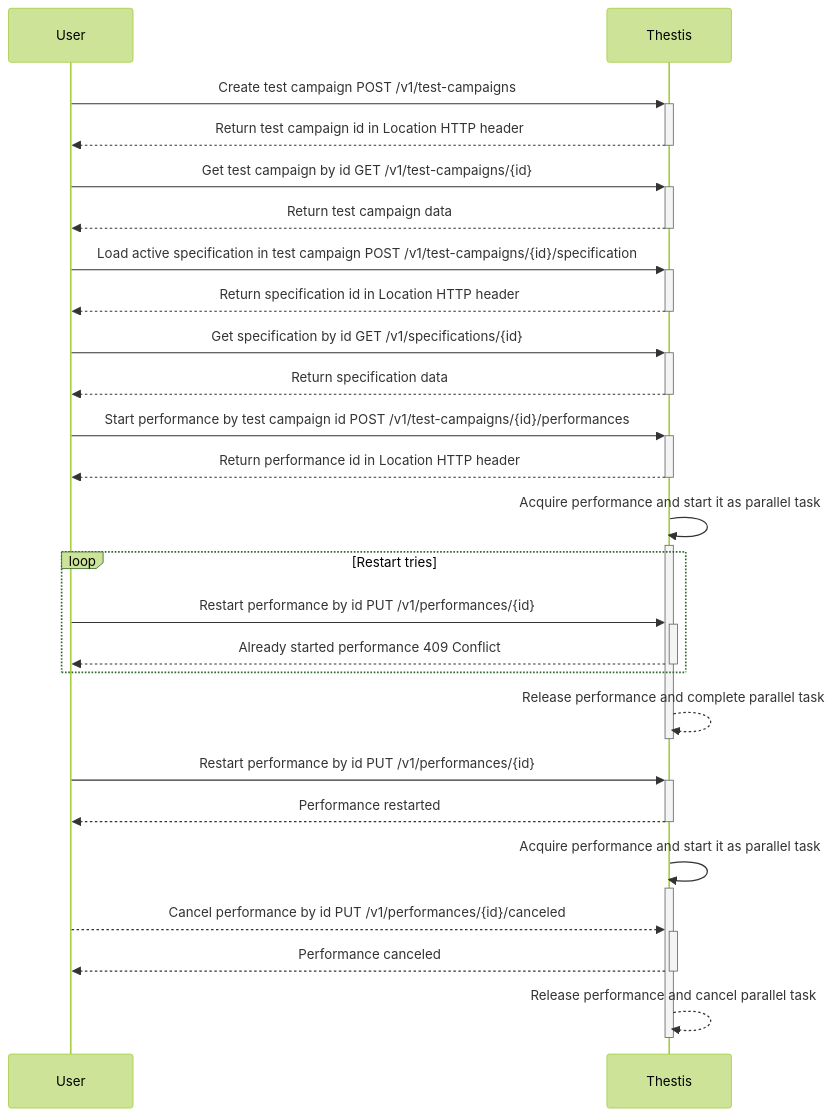
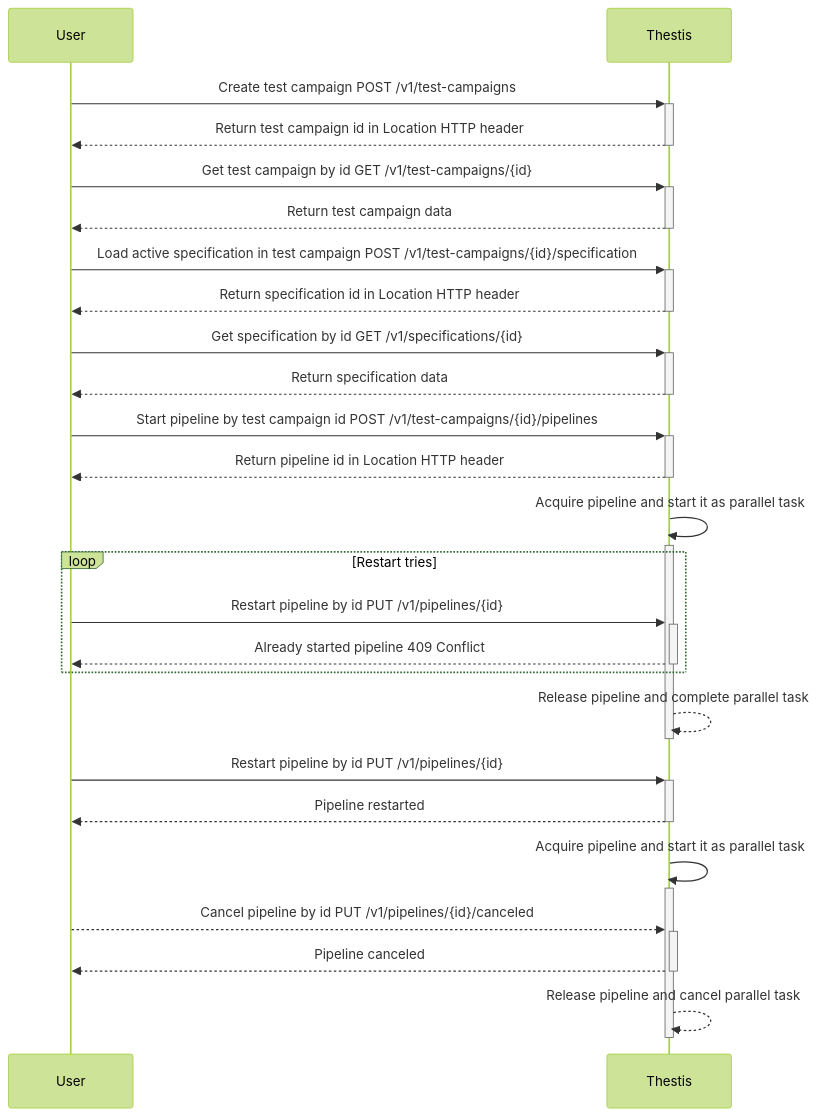
The first of 4 diagrams in README.md (harpyd/thestis), drawn with Mermaid (forest theme) before and after one commit. The commit also changed other lines of this file, not shown here.

````diff
--- a/README.md
+++ b/README.md
@@ -12,25 +12,25 @@
 ```mermaid
 sequenceDiagram
     User->>+Thestis: Create test campaign POST /v1/test-campaigns
     Thestis-->>-User: Return test campaign id in Location HTTP header
     User->>+Thestis: Get test campaign by id GET /v1/test-campaigns/{id}
     Thestis-->>-User: Return test campaign data
     User->>+Thestis: Load active specification in test campaign POST /v1/test-campaigns/{id}/specification
     Thestis-->>-User: Return specification id in Location HTTP header
     User->>+Thestis: Get specification by id GET /v1/specifications/{id}
     Thestis-->>-User: Return specification data
-    User->>+Thestis: Start performance by test campaign id POST /v1/test-campaigns/{id}/performances
-    Thestis-->>-User: Return performance id in Location HTTP header
-    Thestis->>+Thestis: Acquire performance and start it as parallel task
+    User->>+Thestis: Start pipeline by test campaign id POST /v1/test-campaigns/{id}/pipelines
+    Thestis-->>-User: Return pipeline id in Location HTTP header
+    Thestis->>+Thestis: Acquire pipeline and start it as parallel task
     loop Restart tries
-        User->>+Thestis: Restart performance by id PUT /v1/performances/{id}
-        Thestis-->>-User: Already started performance 409 Conflict
+        User->>+Thestis: Restart pipeline by id PUT /v1/pipelines/{id}
+        Thestis-->>-User: Already started pipeline 409 Conflict
     end
-    Thestis-->>-Thestis: Release performance and complete parallel task
-    User->>+Thestis: Restart performance by id PUT /v1/performances/{id}
-    Thestis-->>-User: Performance restarted
-    Thestis->>+Thestis: Acquire performance and start it as parallel task
-    User-->>+Thestis: Cancel performance by id PUT /v1/performances/{id}/canceled
-    Thestis-->>-User: Performance canceled
-    Thestis-->>-Thestis: Release performance and cancel parallel task
+    Thestis-->>-Thestis: Release pipeline and complete parallel task
+    User->>+Thestis: Restart pipeline by id PUT /v1/pipelines/{id}
+    Thestis-->>-User: Pipeline restarted
+    Thestis->>+Thestis: Acquire pipeline and start it as parallel task
+    User-->>+Thestis: Cancel pipeline by id PUT /v1/pipelines/{id}/canceled
+    Thestis-->>-User: Pipeline canceled
+    Thestis-->>-Thestis: Release pipeline and cancel parallel task
 ```
````
